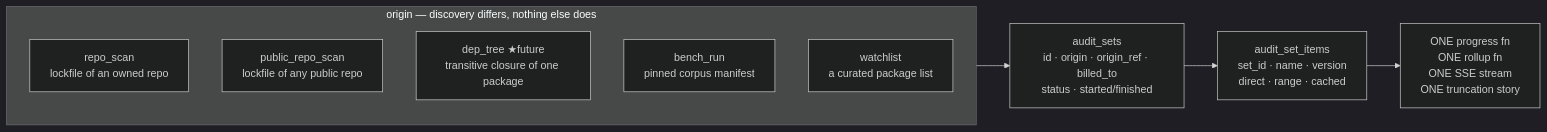
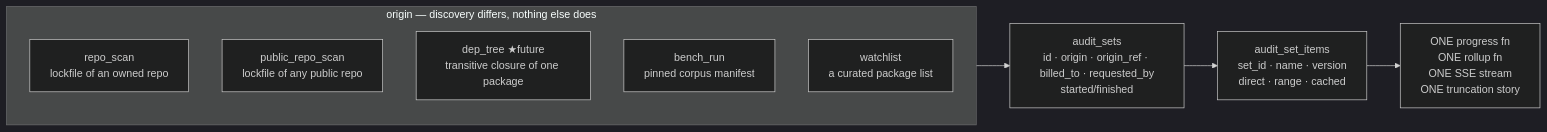
Diagram 11 of 12 in docs/specs/2026-07-24-platform-v3-system-design.md (NpmGuard/NpmGuard), drawn with Mermaid (dark theme) before and after one commit. The commit also changed other lines of this file and 35 other files, not shown here.

````diff
--- a/docs/specs/2026-07-24-platform-v3-system-design.md
+++ b/docs/specs/2026-07-24-platform-v3-system-design.md
@@ -1276,13 +1290,13 @@
 ```mermaid
 flowchart LR
     subgraph ORIGINS["origin — discovery differs, nothing else does"]
         O1["repo_scan<br/>lockfile of an owned repo"]
         O2["public_repo_scan<br/>lockfile of any public repo"]
         O3["dep_tree ★future<br/>transitive closure of one package"]
         O4["bench_run<br/>pinned corpus manifest"]
         O5["watchlist<br/>a curated package list"]
     end
-    ORIGINS --> SET["audit_sets<br/>id · origin · origin_ref · billed_to<br/>status · started/finished"]
+    ORIGINS --> SET["audit_sets<br/>id · origin · origin_ref · billed_to · requested_by<br/>started/finished"]
     SET --> ITEMS["audit_set_items<br/>set_id · name · version<br/>direct · range · cached"]
     ITEMS --> ONE["ONE progress fn<br/>ONE rollup fn<br/>ONE SSE stream<br/>ONE truncation story"]
 ```
````
